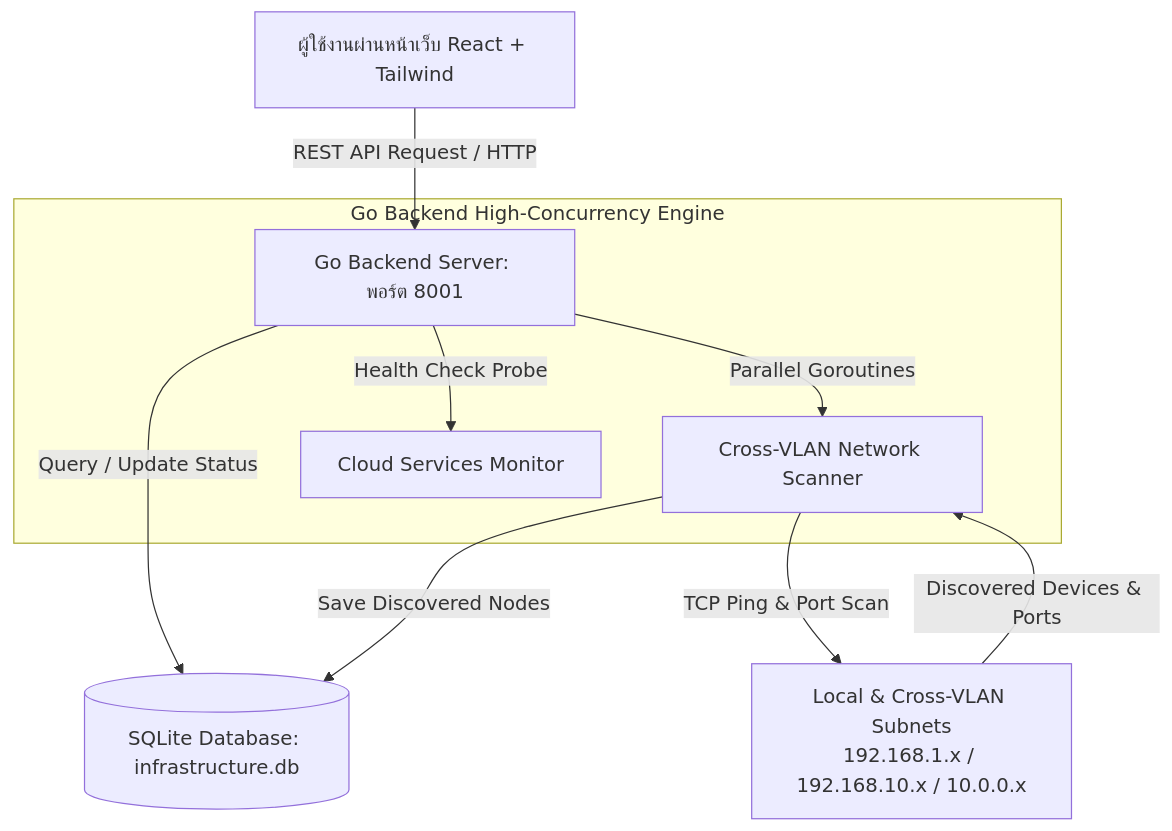
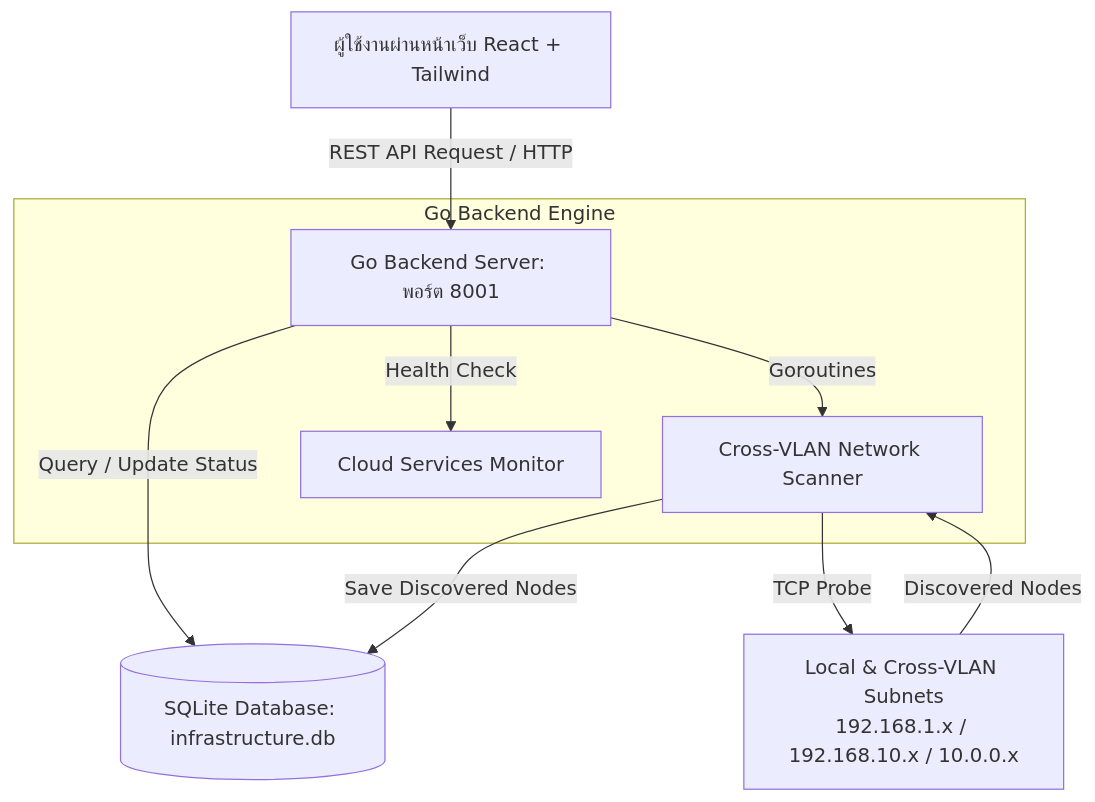
One commit to FANG9356/MyProject changed the ninth of 9 diagrams in README.md. Above: the diagram before and after it, drawn with Mermaid. The commit also changed other lines of this file and 3 other files, not shown here.

````diff
--- a/README.md
+++ b/README.md
@@ -416,14 +416,14 @@
 ```mermaid
 flowchart TD
   User[ผู้ใช้งานผ่านหน้าเว็บ React + Tailwind] -->|REST API Request / HTTP| GoServer[Go Backend Server: พอร์ต 8001]
   GoServer -->|Query / Update Status| DB[(SQLite Database: infrastructure.db)]
   
-  subgraph Engine_Features [Go Backend High-Concurrency Engine]
-    GoServer -->|Parallel Goroutines| Scanner[Cross-VLAN Network Scanner]
-    GoServer -->|Health Check Probe| ServiceHub[Cloud Services Monitor]
+  subgraph Engine_Features [Go Backend Engine]
+    GoServer -->|Goroutines| Scanner[Cross-VLAN Network Scanner]
+    GoServer -->|Health Check| ServiceHub[Cloud Services Monitor]
   end
 
-  Scanner -->|TCP Ping & Port Scan| Subnets[Local & Cross-VLAN Subnets\n192.168.1.x / 192.168.10.x / 10.0.0.x]
-  Subnets -->|Discovered Devices & Ports| Scanner
+  Scanner -->|TCP Probe| Subnets[Local & Cross-VLAN Subnets\n192.168.1.x / 192.168.10.x / 10.0.0.x]
+  Subnets -->|Discovered Nodes| Scanner
   Scanner -->|Save Discovered Nodes| DB
 ```
````
